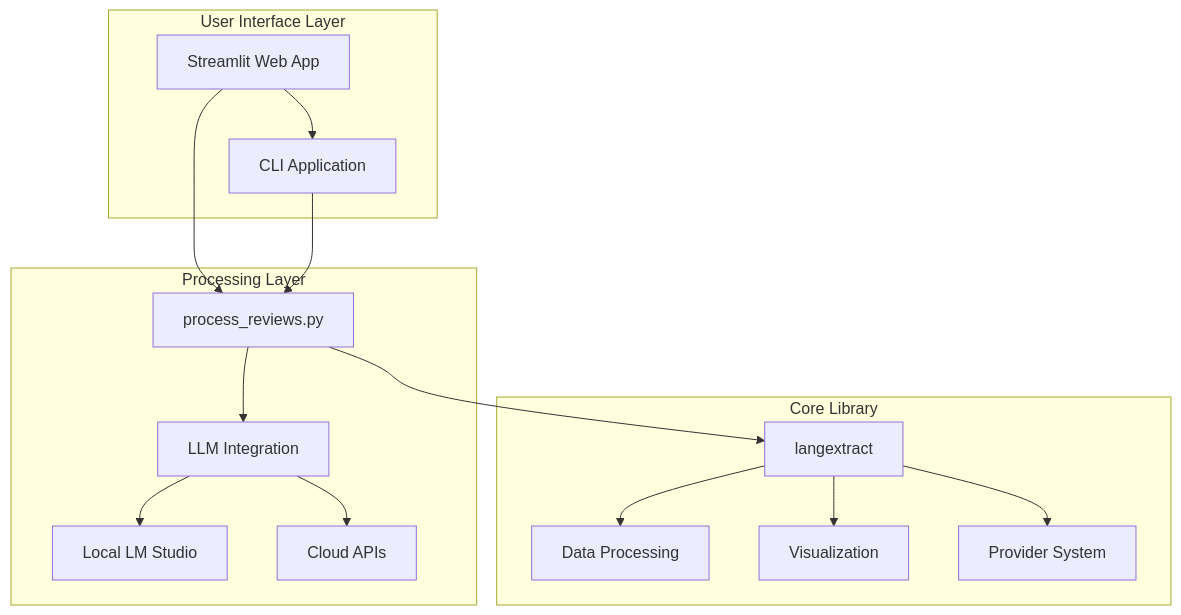
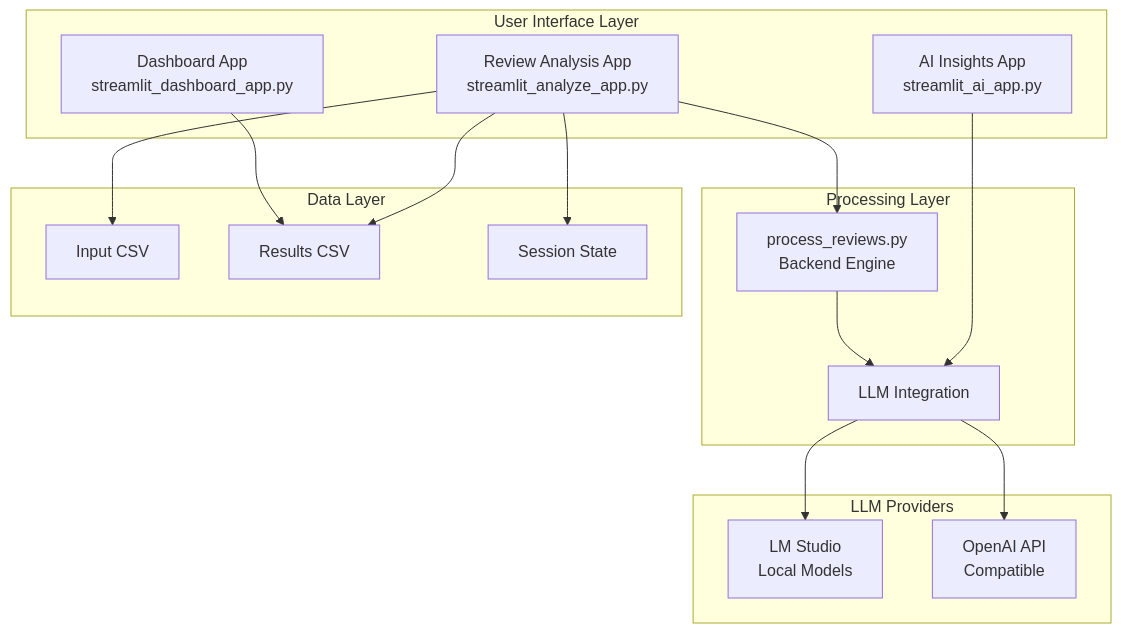
Before and after one commit to tniccum21/Review_Analysis: the diagram in PROJECT_DOCUMENTATION.md, drawn with Mermaid. The commit also changed other lines of this file and 3 other files, not shown here.

````diff
--- a/PROJECT_DOCUMENTATION.md
+++ b/PROJECT_DOCUMENTATION.md
@@ -57,22 +61,34 @@
 ```mermaid
 graph TB
     subgraph "User Interface Layer"
-        A[Streamlit Web App] --> B[CLI Application]
+        A[Review Analysis App<br/>streamlit_analyze_app.py] 
+        B[Dashboard App<br/>streamlit_dashboard_app.py]
+        C[AI Insights App<br/>streamlit_ai_app.py]
     end
     
     subgraph "Processing Layer"
-        C[process_reviews.py] --> D[LLM Integration]
-        D --> E[Local LM Studio]
-        D --> F[Cloud APIs]
+        D[process_reviews.py<br/>Backend Engine]
+        E[LLM Integration]
     end
     
-    subgraph "Core Library"
-        G[langextract] --> H[Data Processing]
-        G --> I[Visualization]
-        G --> J[Provider System]
+    subgraph "LLM Providers"
+        F[LM Studio<br/>Local Models]
+        G[OpenAI API<br/>Compatible]
     end
     
-    A --> C
-    B --> C
-    C --> G
+    subgraph "Data Layer"
+        H[Input CSV]
+        I[Results CSV]
+        J[Session State]
+    end
+    
+    A --> D
+    C --> E
+    D --> E
+    E --> F
+    E --> G
+    A --> H
+    A --> I
+    B --> I
+    A --> J
 ```
````
